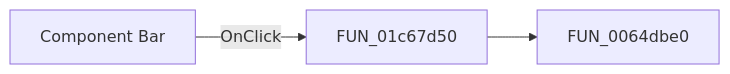
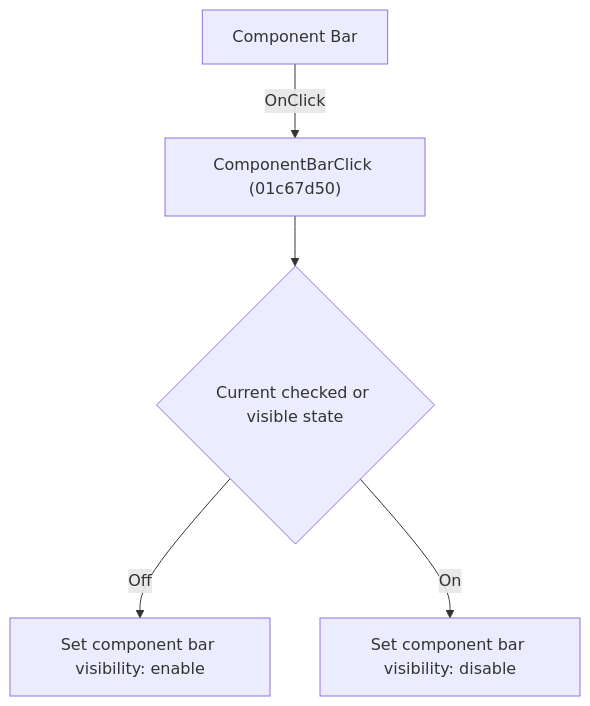
Before and after one commit to MovGP0/TIARA: the diagram in docs/ui-controls/schematiceditor/componentbar-c78d3a6aea.md, drawn with Mermaid. The commit also changed other lines of this file and 1062 other files, not shown here.

````diff
--- a/docs/ui-controls/schematiceditor/componentbar-c78d3a6aea.md
+++ b/docs/ui-controls/schematiceditor/componentbar-c78d3a6aea.md
@@ -27,5 +27,7 @@
 ```mermaid
-flowchart LR
-    control["Component Bar"] -->|OnClick| handler["FUN_01c67d50"]
-    handler --> call1["FUN_0064dbe0"]
+flowchart TD
+    control["Component Bar"] -->|"OnClick"| handler["ComponentBarClick (01c67d50)"]
+    handler --> current{"Current checked or visible state"}
+    current -->|"Off"| enable["Set component bar visibility: enable"]
+    current -->|"On"| disable["Set component bar visibility: disable"]
 ```
````
